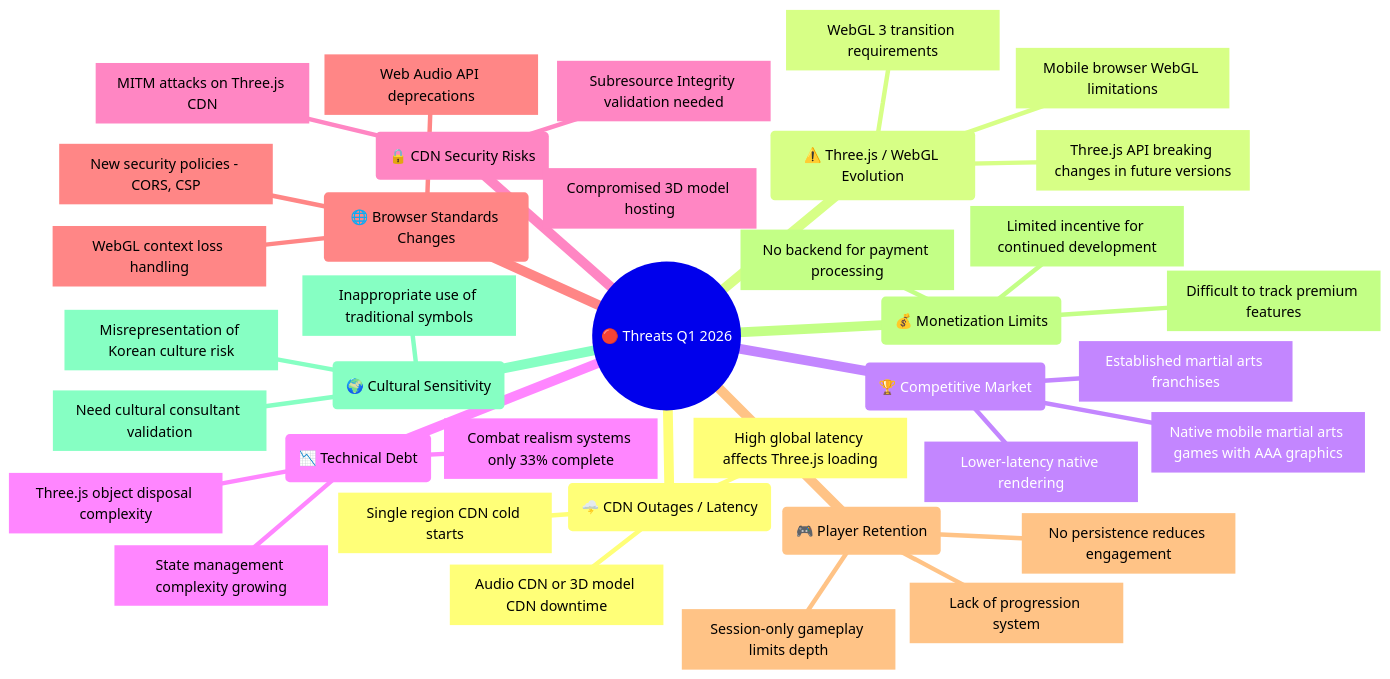
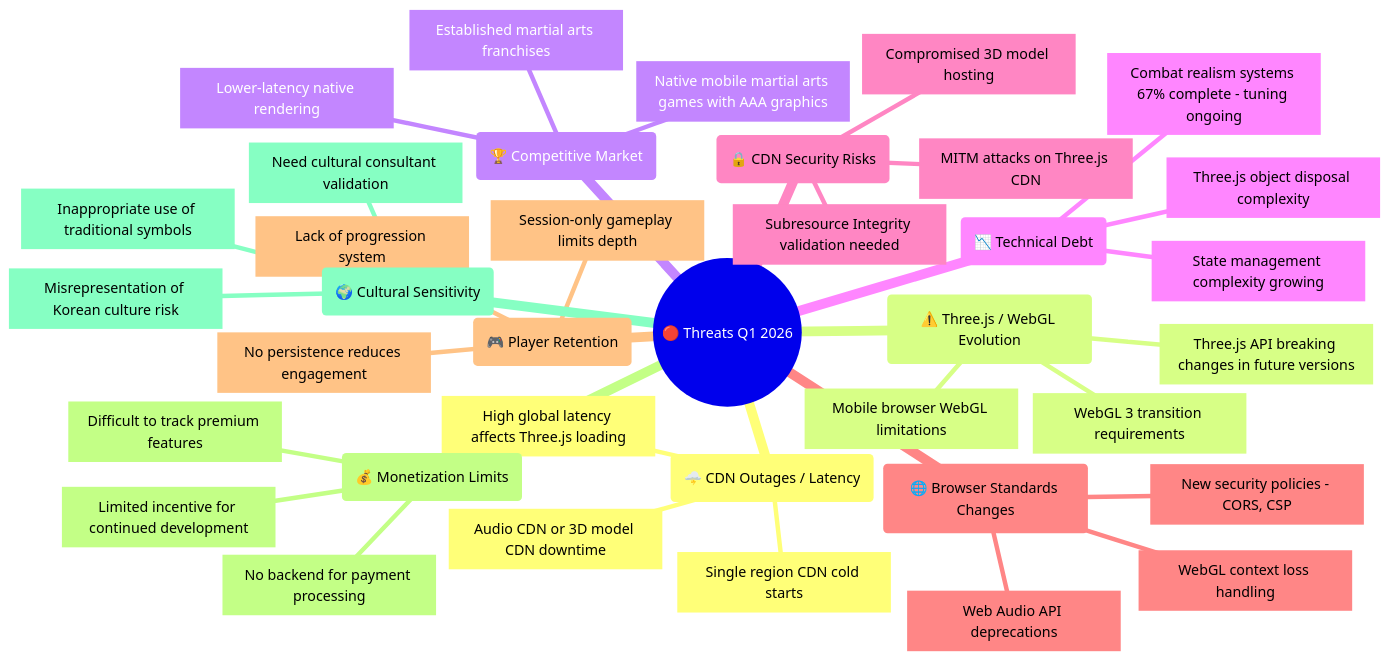
Before and after one commit to Hack23/blacktrigram: diagram 11 of 21 in ARCHITECTURE.md, drawn with Mermaid. The commit also changed other lines of this file, not shown here.

Commit message:
docs: Update ARCHITECTURE.md with current metrics from game-status.md - 76% coverage, 8/12 combat realism (67%), remove PixiJS references

````diff
--- a/ARCHITECTURE.md
+++ b/ARCHITECTURE.md
@@ -1455,40 +1453,40 @@
 ```mermaid
 mindmap
   root((🔴 Threats Q1 2026))
     id1(🌩️ CDN Outages / Latency)
       id1.1[Audio CDN or 3D model CDN downtime]
       id1.2[High global latency affects Three.js loading]
       id1.3[Single region CDN cold starts]
     id2(⚠️ Three.js / WebGL Evolution)
       id2.1[Three.js API breaking changes in future versions]
       id2.2[WebGL 3 transition requirements]
       id2.3[Mobile browser WebGL limitations]
     id3(🏆 Competitive Market)
       id3.1[Native mobile martial arts games with AAA graphics]
       id3.2[Lower-latency native rendering]
       id3.3[Established martial arts franchises]
     id4(📉 Technical Debt)
       id4.1[Three.js object disposal complexity]
-      id4.2[Combat realism systems only 33% complete]
+      id4.2[Combat realism systems 67% complete - tuning ongoing]
       id4.3[State management complexity growing]
     id5(🔒 CDN Security Risks)
       id5.1[MITM attacks on Three.js CDN]
       id5.2[Compromised 3D model hosting]
       id5.3[Subresource Integrity validation needed]
     id6(🌐 Browser Standards Changes)
       id6.1[Web Audio API deprecations]
       id6.2[WebGL context loss handling]
       id6.3[New security policies - CORS, CSP]
     id7(🎮 Player Retention)
       id7.1[No persistence reduces engagement]
       id7.2[Lack of progression system]
       id7.3[Session-only gameplay limits depth]
     id8(💰 Monetization Limits)
       id8.1[No backend for payment processing]
       id8.2[Difficult to track premium features]
       id8.3[Limited incentive for continued development]
     id9(🌍 Cultural Sensitivity)
       id9.1[Misrepresentation of Korean culture risk]
       id9.2[Inappropriate use of traditional symbols]
       id9.3[Need cultural consultant validation]
 ```
````
